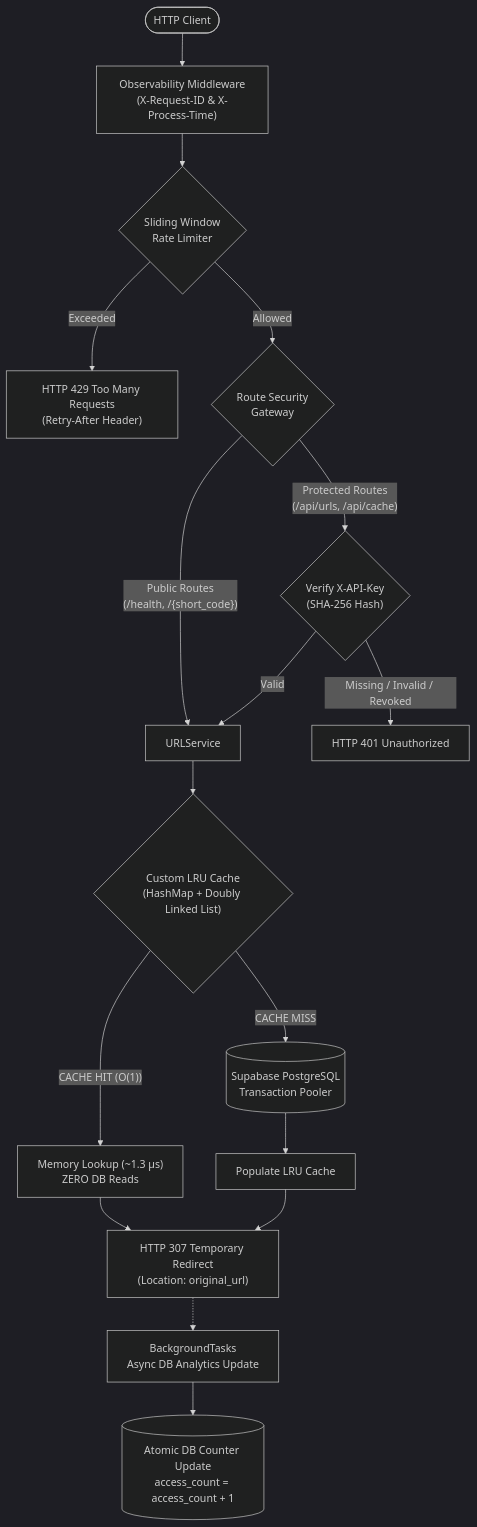
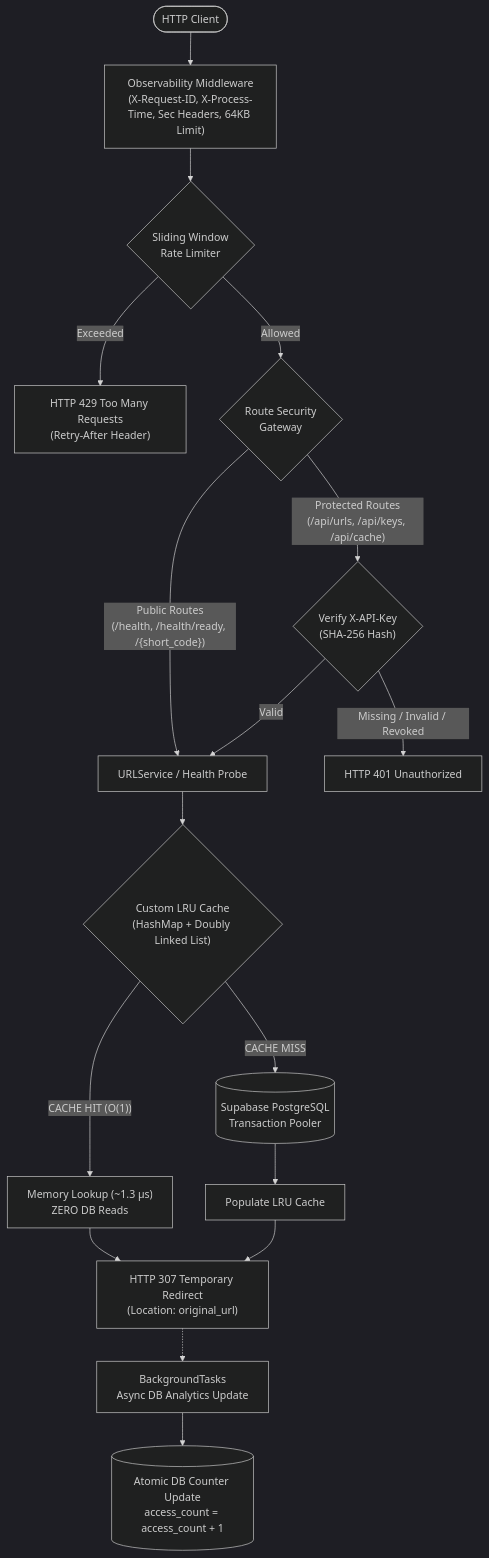
Before and after one commit to Prasanna-1166/cacheshort: the first of 3 diagrams in README.md, drawn with Mermaid (dark theme). The commit also changed other lines of this file and 15 other files, not shown here.

Commit message:
feat(phase6): add resilience, API key lifecycle, cache administration, and security hardening

````diff
--- a/README.md
+++ b/README.md
@@ -24,25 +36,25 @@
 ```mermaid
 flowchart TD
-    Client(["HTTP Client"]) --> Timing["Observability Middleware\n(X-Request-ID & X-Process-Time)"]
+    Client(["HTTP Client"]) --> Timing["Observability Middleware\n(X-Request-ID, X-Process-Time, Sec Headers, 64KB Limit)"]
     Timing --> RateLimiter{"Sliding Window\nRate Limiter"}
     RateLimiter -- "Exceeded" --> HTTP429["HTTP 429 Too Many Requests\n(Retry-After Header)"]
     RateLimiter -- "Allowed" --> Auth{"Route Security\nGateway"}
     
-    Auth -- "Public Routes\n(/health, /{short_code})" --> Service["URLService"]
-    Auth -- "Protected Routes\n(/api/urls, /api/cache)" --> APIKeyCheck{"Verify X-API-Key\n(SHA-256 Hash)"}
+    Auth -- "Public Routes\n(/health, /health/ready, /{short_code})" --> Service["URLService / Health Probe"]
+    Auth -- "Protected Routes\n(/api/urls, /api/keys, /api/cache)" --> APIKeyCheck{"Verify X-API-Key\n(SHA-256 Hash)"}
     
     APIKeyCheck -- "Missing / Invalid / Revoked" --> HTTP401["HTTP 401 Unauthorized"]
     APIKeyCheck -- "Valid" --> Service
     
     Service --> CacheCheck{"Custom LRU Cache\n(HashMap + Doubly Linked List)"}
     
     CacheCheck -- "CACHE HIT (O(1))" --> MemHit["Memory Lookup (~1.3 µs)\nZERO DB Reads"]
     MemHit --> RedirectResp["HTTP 307 Temporary Redirect\n(Location: original_url)"]
     RedirectResp -.-> BGTask["BackgroundTasks\nAsync DB Analytics Update"]
     
     CacheCheck -- "CACHE MISS" --> DBRead[("Supabase PostgreSQL\nTransaction Pooler")]
     DBRead --> PopCache["Populate LRU Cache"]
     PopCache --> RedirectResp
     
     BGTask --> DBUpdate[("Atomic DB Counter Update\naccess_count = access_count + 1")]
 ```
````
